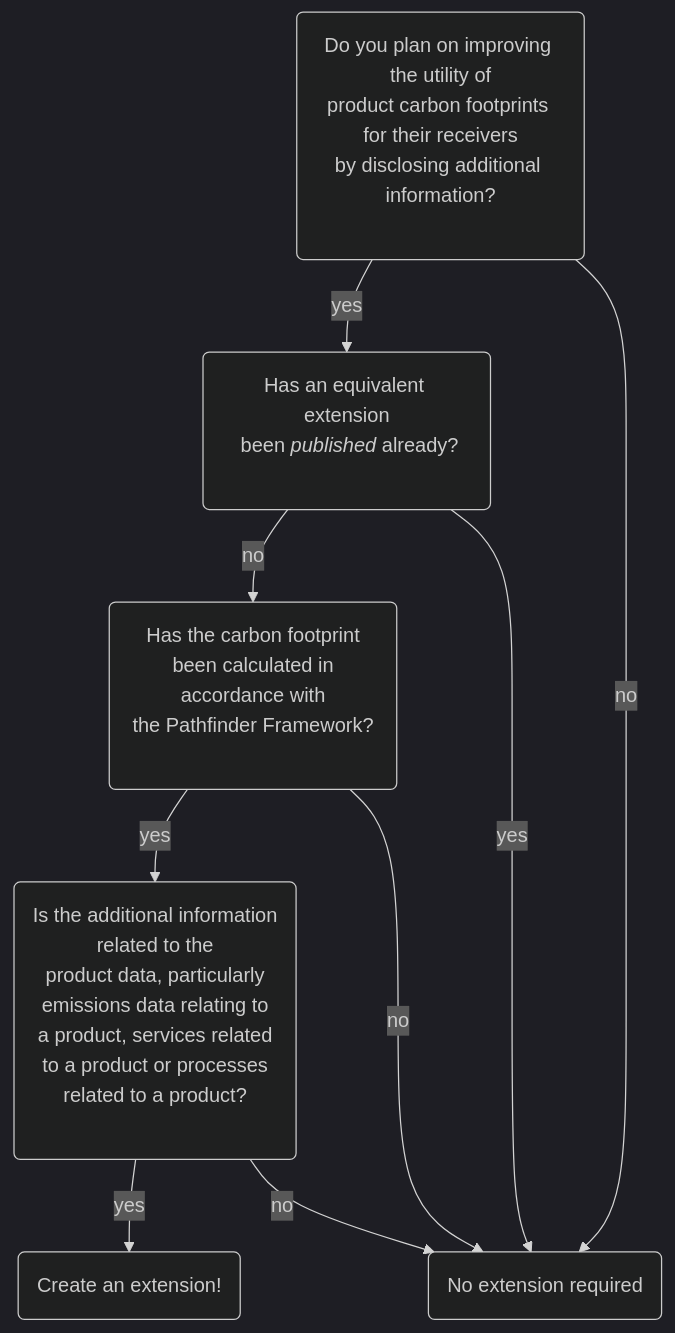
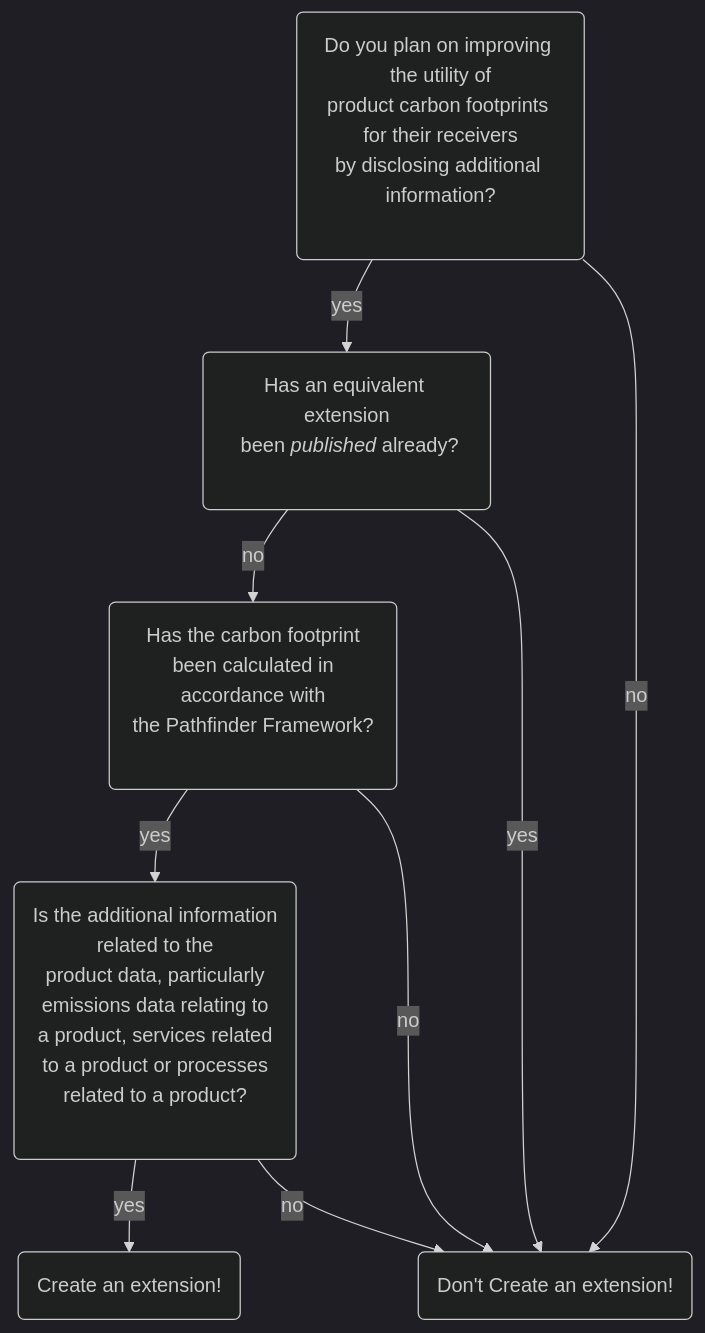
Before and after one commit to wbcsd/data-model-extensions: the diagram in guidance/diagrams/decision-tree-1.mmd, drawn with Mermaid (dark theme).

Commit message:
Update decision-tree-1.mmd
Updated as per Martin's comment.

```diff
--- a/guidance/diagrams/decision-tree-1.mmd
+++ b/guidance/diagrams/decision-tree-1.mmd
@@ -1,19 +1,19 @@
 flowchart TB
-	End(No extension required)
+	End(Don't Create an extension!)
 	Yes(Create an extension!)
 
 	S1(Do you plan on improving the utility of<br/>product carbon footprints for their receivers<br/>by disclosing additional information?<br/> <br/>)
 	S1 -- yes --> S4
 	S1 -- no --> End
 	
 	S4(Has an equivalent extension<br/> been <i>published</i> already?<br/> <br/>)
 	S4 -- no --> S2
 	S4-- yes --> End
 
 	S2(Has the carbon footprint<br/> been calculated in accordance with<br/>the Pathfinder Framework?<br/> <br/>)
 	S2 -- yes --> S3
 	S2 -- no --> End
 
     S3(Is the additional information<br>related to the<br>product data, particularly<br>emissions data relating to<br/> a product, services related<br/> to a product or processes<br/> related to a product?<br/> <br/>)
 	S3 -- yes --> Yes
 	S3 -- no --> End
```
